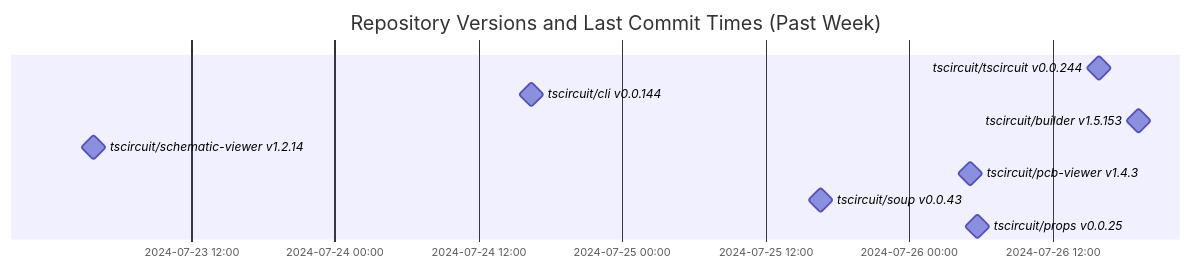
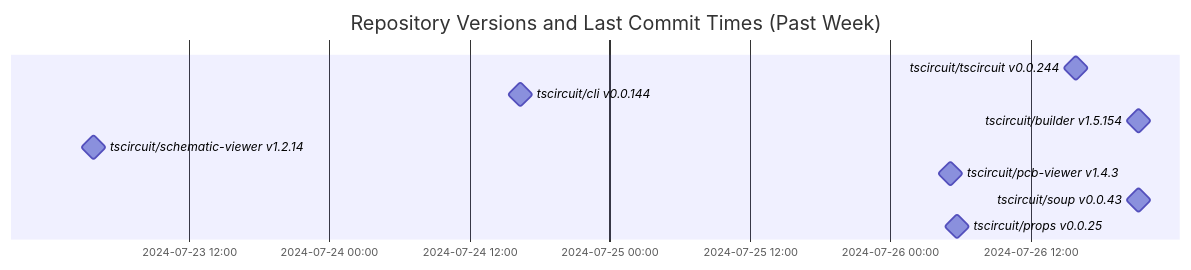
One commit to tscircuit/version-tracker changed the diagram in README.md. Above: the diagram before and after it, drawn with Mermaid.

Commit message:
Update chart

````diff
--- a/README.md
+++ b/README.md
@@ -1,14 +1,14 @@
 ```mermaid
 gantt
   dateFormat  YYYY-MM-DD HH:mm:ss
   title Repository Versions and Last Commit Times (Past Week)
   axisFormat %Y-%m-%d %H:%M
 
   tscircuit/tscircuit v0.0.244 : milestone, 2024-07-26 15:53:43, 1s
   tscircuit/cli v0.0.144 : milestone, 2024-07-24 16:24:13, 1s
-  tscircuit/builder v1.5.153 : milestone, 2024-07-26 19:12:29, 1s
+  tscircuit/builder v1.5.154 : milestone, 2024-07-26 21:12:36, 1s
   tscircuit/schematic-viewer v1.2.14 : milestone, 2024-07-23 03:50:56, 1s
   tscircuit/pcb-viewer v1.4.3 : milestone, 2024-07-26 05:10:56, 1s
-  tscircuit/soup v0.0.43 : milestone, 2024-07-25 16:35:25, 1s
+  tscircuit/soup v0.0.43 : milestone, 2024-07-26 21:15:18, 1s
   tscircuit/props v0.0.25 : milestone, 2024-07-26 05:44:11, 1s
 ```
````
